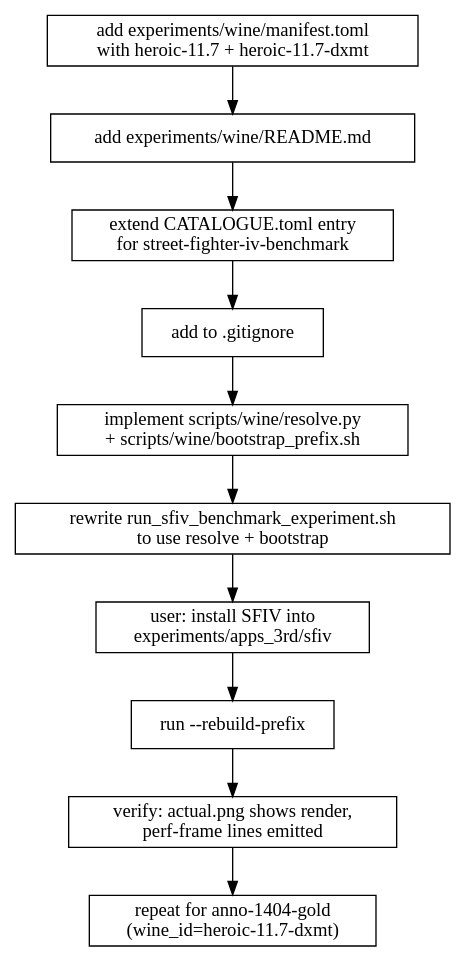
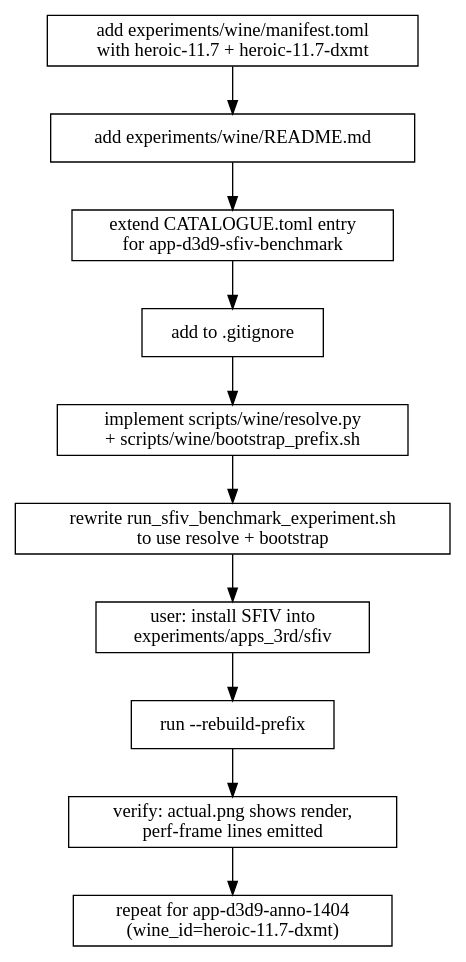
One commit to dfdgsdfg/dxmt9 changed the fourth of 4 diagrams in specs/experiments/runtime/design.md. Above: the diagram before and after it, drawn with Graphviz. The commit also changed other lines of this file and 155 other files, not shown here.

````diff
--- a/specs/experiments/runtime/design.md
+++ b/specs/experiments/runtime/design.md
@@ -261,16 +261,16 @@
 ```dot
 digraph migrate_sfiv {
   s1[shape=box, label="add experiments/wine/manifest.toml\nwith heroic-11.7 + heroic-11.7-dxmt"];
   s2[shape=box, label="add experiments/wine/README.md"];
-  s3[shape=box, label="extend CATALOGUE.toml entry\nfor street-fighter-iv-benchmark"];
+  s3[shape=box, label="extend CATALOGUE.toml entry\nfor app-d3d9-sfiv-benchmark"];
   s4[shape=box, label="add to .gitignore"];
   s5[shape=box, label="implement scripts/wine/resolve.py\n+ scripts/wine/bootstrap_prefix.sh"];
   s6[shape=box, label="rewrite run_sfiv_benchmark_experiment.sh\nto use resolve + bootstrap"];
   s7[shape=box, label="user: install SFIV into\nexperiments/apps_3rd/sfiv"];
   s8[shape=box, label="run --rebuild-prefix"];
   s9[shape=box, label="verify: actual.png shows render,\nperf-frame lines emitted"];
-  s10[shape=box, label="repeat for anno-1404-gold\n(wine_id=heroic-11.7-dxmt)"];
+  s10[shape=box, label="repeat for app-d3d9-anno-1404\n(wine_id=heroic-11.7-dxmt)"];
 
   s1 -> s2 -> s3 -> s4 -> s5 -> s6 -> s7 -> s8 -> s9 -> s10;
 }
 ```
````
